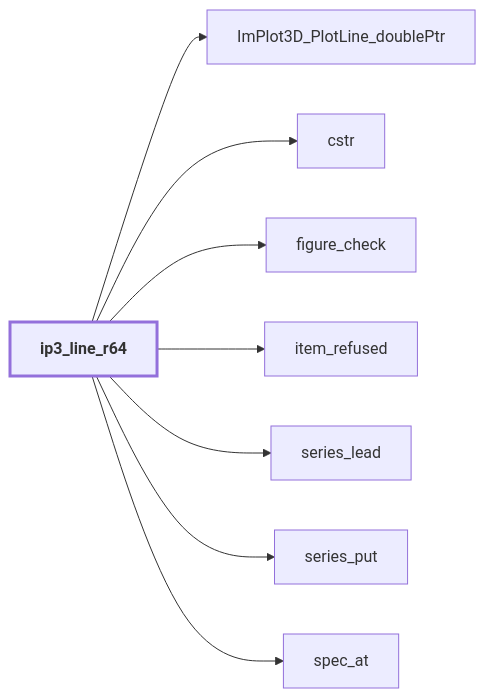
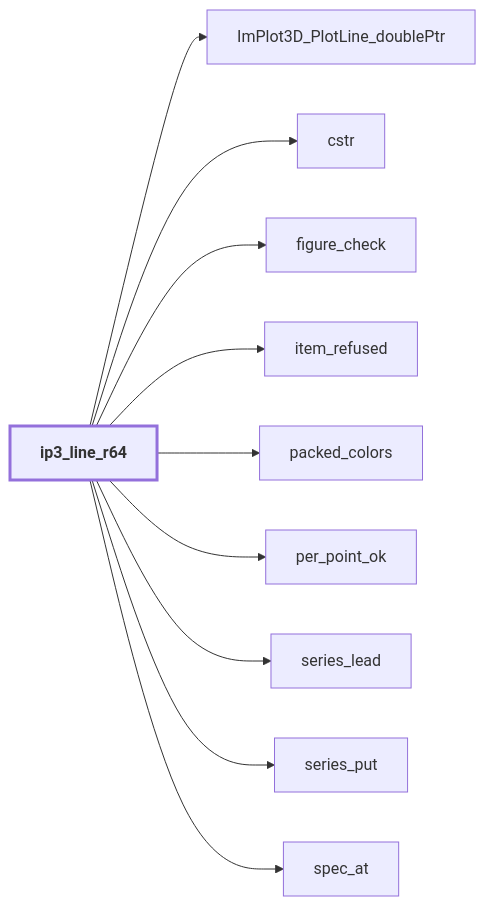
One commit to szaghi/figure changed the ninth of 44 diagrams in docs/api/src/lib/figure_implot3d.md. Above: the diagram before and after it, drawn with Mermaid. The commit also changed other lines of this file and 36 other files, not shown here.

First line of the commit message:
feat(plot3d): colours and sizes per point, axis formats and ticks, ImPlot3D's style by name

````diff
--- a/docs/api/src/lib/figure_implot3d.md
+++ b/docs/api/src/lib/figure_implot3d.md
@@ -556,19 +575,23 @@
 ```mermaid
 flowchart LR
   ip3_line_r64["ip3_line_r64"] --> ImPlot3D_PlotLine_doublePtr["ImPlot3D_PlotLine_doublePtr"]
   ip3_line_r64["ip3_line_r64"] --> cstr["cstr"]
   ip3_line_r64["ip3_line_r64"] --> figure_check["figure_check"]
   ip3_line_r64["ip3_line_r64"] --> item_refused["item_refused"]
+  ip3_line_r64["ip3_line_r64"] --> packed_colors["packed_colors"]
+  ip3_line_r64["ip3_line_r64"] --> per_point_ok["per_point_ok"]
   ip3_line_r64["ip3_line_r64"] --> series_lead["series_lead"]
   ip3_line_r64["ip3_line_r64"] --> series_put["series_put"]
   ip3_line_r64["ip3_line_r64"] --> spec_at["spec_at"]
   classDef focus stroke-width:3px,font-weight:bold
   class ip3_line_r64 focus
   click item_refused href "#item-refused" "item_refused"
+  click per_point_ok href "#per-point-ok" "per_point_ok"
   click series_lead href "figure_implot.html#series-lead" "series_lead"
   click series_put href "figure_implot.html#series-put" "series_put"
+  click spec_at href "#spec-at" "spec_at"
+  click packed_colors href "#packed-colors" "packed_colors"
   click ImPlot3D_PlotLine_doublePtr href "figure_cimplot3d.html#implot3d-plotline-doubleptr" "ImPlot3D_PlotLine_doublePtr"
   click cstr href "figure_base.html#cstr" "cstr"
-  click spec_at href "#spec-at" "spec_at"
   click figure_check href "figure_base.html#figure-check" "figure_check"
 ```
````
